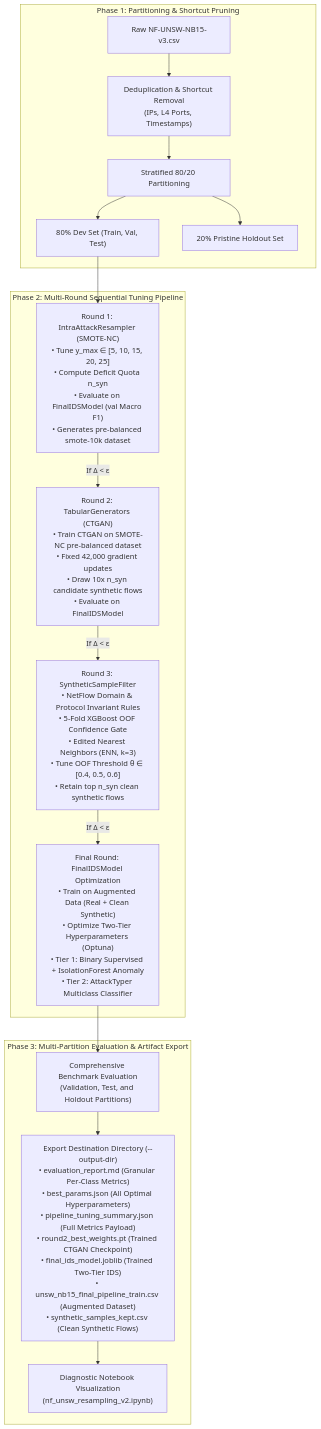
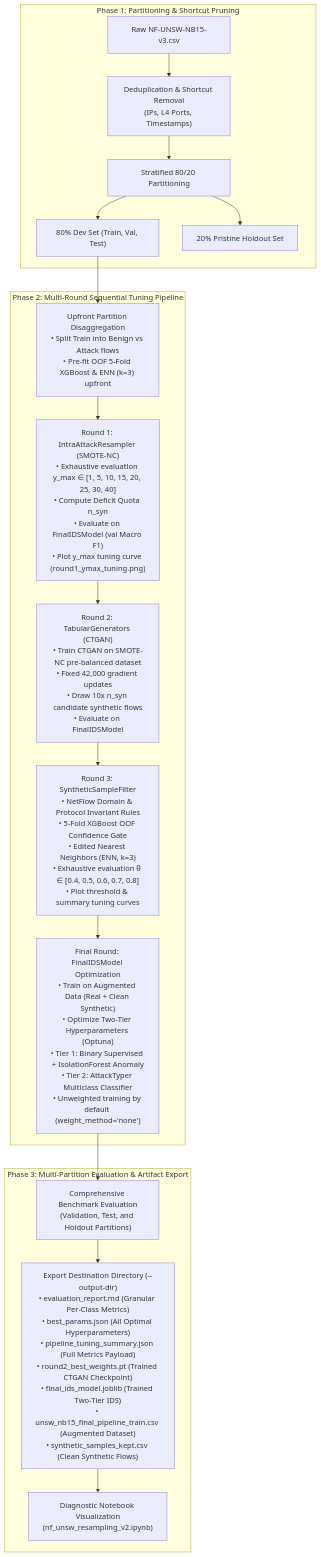
The first of 2 diagrams in duc_thanh/SAP-DCG/docs/pipeline_plan.md (ThanhLeDuc552/SynthGuard---Individual-Contribution), drawn with Mermaid before and after one commit. The commit also changed other lines of this file and 23 other files, not shown here.

````diff
--- a/duc_thanh/SAP-DCG/docs/pipeline_plan.md
+++ b/duc_thanh/SAP-DCG/docs/pipeline_plan.md
@@ -11,25 +11,26 @@
 ```mermaid
 flowchart TD
     subgraph S1["Phase 1: Partitioning & Shortcut Pruning"]
         RAW["Raw NF-UNSW-NB15-v3.csv"] --> DEDUP["Deduplication & Shortcut Removal\n(IPs, L4 Ports, Timestamps)"]
         DEDUP --> SPLIT["Stratified 80/20 Partitioning"]
         SPLIT --> DEV["80% Dev Set (Train, Val, Test)"]
         SPLIT --> HO["20% Pristine Holdout Set"]
     end
 
     subgraph S2["Phase 2: Multi-Round Sequential Tuning Pipeline"]
-        DEV --> R1["Round 1: IntraAttackResampler (SMOTE-NC)\n• Tune y_max ∈ [5, 10, 15, 20, 25]\n• Compute Deficit Quota n_syn\n• Evaluate on FinalIDSModel (val Macro F1)\n• Generates pre-balanced smote-10k dataset"]
+        DEV --> DISAGG["Upfront Partition Disaggregation\n• Split Train into Benign vs Attack flows\n• Pre-fit OOF 5-Fold XGBoost & ENN (k=3) upfront"]
+        DISAGG --> R1["Round 1: IntraAttackResampler (SMOTE-NC)\n• Exhaustive evaluation y_max ∈ [1, 5, 10, 15, 20, 25, 30, 40]\n• Compute Deficit Quota n_syn\n• Evaluate on FinalIDSModel (val Macro F1)\n• Plot y_max tuning curve (round1_ymax_tuning.png)"]
         
-        R1 -->|If Δ < ε| R2["Round 2: TabularGenerators (CTGAN)\n• Train CTGAN on SMOTE-NC pre-balanced dataset\n• Fixed 42,000 gradient updates\n• Draw 10x n_syn candidate synthetic flows\n• Evaluate on FinalIDSModel"]
+        R1 --> R2["Round 2: TabularGenerators (CTGAN)\n• Train CTGAN on SMOTE-NC pre-balanced dataset\n• Fixed 42,000 gradient updates\n• Draw 10x n_syn candidate synthetic flows\n• Evaluate on FinalIDSModel"]
         
-        R2 -->|If Δ < ε| R3["Round 3: SyntheticSampleFilter\n• NetFlow Domain & Protocol Invariant Rules\n• 5-Fold XGBoost OOF Confidence Gate\n• Edited Nearest Neighbors (ENN, k=3)\n• Tune OOF Threshold θ ∈ [0.4, 0.5, 0.6]\n• Retain top n_syn clean synthetic flows"]
+        R2 --> R3["Round 3: SyntheticSampleFilter\n• NetFlow Domain & Protocol Invariant Rules\n• 5-Fold XGBoost OOF Confidence Gate\n• Edited Nearest Neighbors (ENN, k=3)\n• Exhaustive evaluation θ ∈ [0.4, 0.5, 0.6, 0.7, 0.8]\n• Plot threshold & summary tuning curves"]
         
-        R3 -->|If Δ < ε| R4["Final Round: FinalIDSModel Optimization\n• Train on Augmented Data (Real + Clean Synthetic)\n• Optimize Two-Tier Hyperparameters (Optuna)\n• Tier 1: Binary Supervised + IsolationForest Anomaly\n• Tier 2: AttackTyper Multiclass Classifier"]
+        R3 --> R4["Final Round: FinalIDSModel Optimization\n• Train on Augmented Data (Real + Clean Synthetic)\n• Optimize Two-Tier Hyperparameters (Optuna)\n• Tier 1: Binary Supervised + IsolationForest Anomaly\n• Tier 2: AttackTyper Multiclass Classifier\n• Unweighted training by default (weight_method='none')"]
     end
 
     subgraph S3["Phase 3: Multi-Partition Evaluation & Artifact Export"]
         R4 --> EVAL["Comprehensive Benchmark Evaluation\n(Validation, Test, and Holdout Partitions)"]
         EVAL --> ART["Export Destination Directory (--output-dir)\n• evaluation_report.md (Granular Per-Class Metrics)\n• best_params.json (All Optimal Hyperparameters)\n• pipeline_tuning_summary.json (Full Metrics Payload)\n• round2_best_weights.pt (Trained CTGAN Checkpoint)\n• final_ids_model.joblib (Trained Two-Tier IDS)\n• unsw_nb15_final_pipeline_train.csv (Augmented Dataset)\n• synthetic_samples_kept.csv (Clean Synthetic Flows)"]
         ART --> NB["Diagnostic Notebook Visualization\n(nf_unsw_resampling_v2.ipynb)"]
     end
 ```
````
